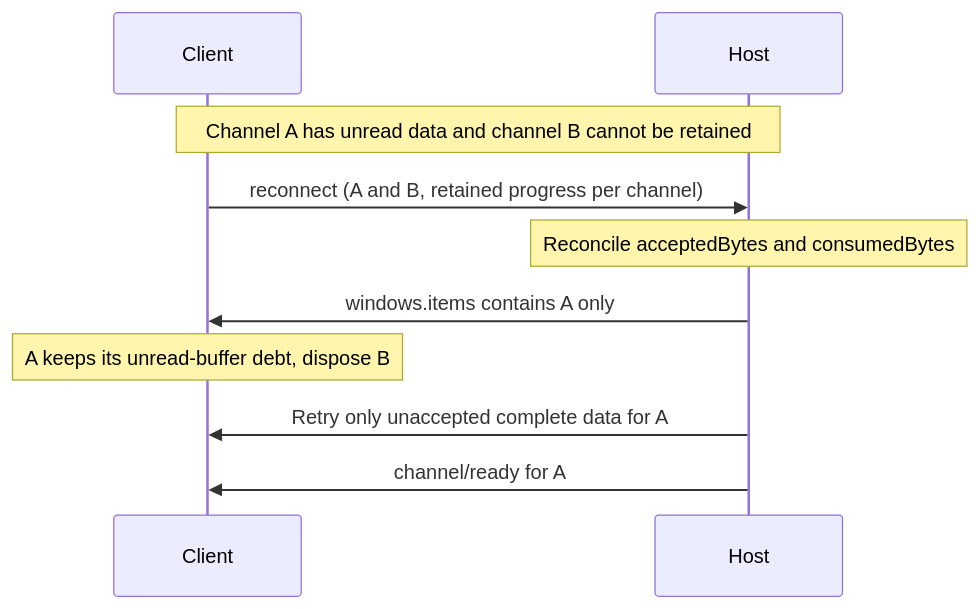
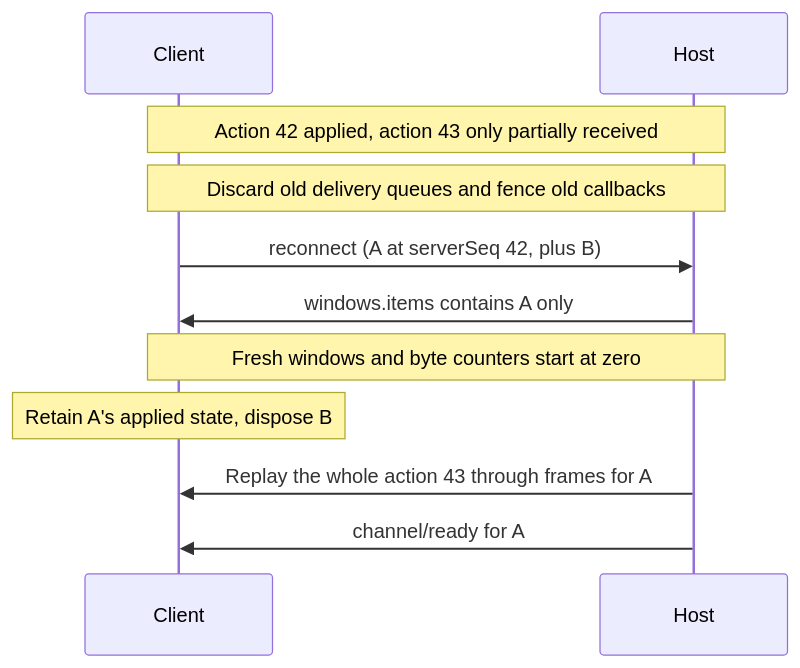
Before and after one commit to microsoft/agent-host-protocol: the fourth of 4 diagrams in docs/specification/subscriptions.md, drawn with Mermaid. The commit also changed other lines of this file and 71 other files, not shown here.

````diff
--- a/docs/specification/subscriptions.md
+++ b/docs/specification/subscriptions.md
@@ -420,12 +452,13 @@
 ```mermaid
 sequenceDiagram
     participant C as Client
     participant H as Host
-    Note over C,H: Channel A has unread data and channel B cannot be retained
-    C->>H: reconnect (A and B, retained progress per channel)
-    Note over H: Reconcile acceptedBytes and consumedBytes
+    Note over C,H: Action 42 applied, action 43 only partially received
+    Note over C,H: Discard old delivery queues and fence old callbacks
+    C->>H: reconnect (A at serverSeq 42, plus B)
     H->>C: windows.items contains A only
-    Note over C: A keeps its unread-buffer debt, dispose B
-    H->>C: Retry only unaccepted complete data for A
+    Note over C,H: Fresh windows and byte counters start at zero
+    Note over C: Retain A's applied state, dispose B
+    H->>C: Replay the whole action 43 through frames for A
     H->>C: channel/ready for A
 ```
````
